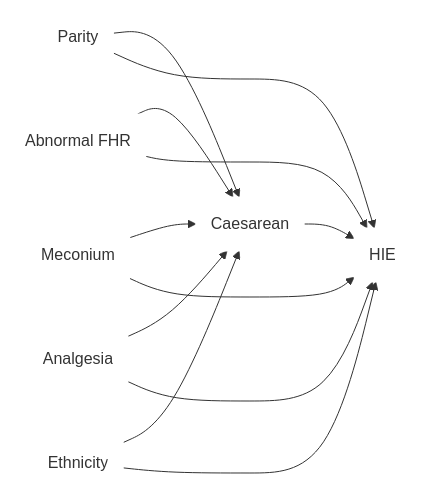
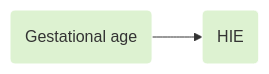
One commit to birth-outcomes/birth_outcomes_summary changed the seventh of 21 diagrams in book_birth_outcomes_summary/design_dag_hie.md. Above: the diagram before and after it, drawn with Mermaid. The commit also changed other lines of this file and 20 other files, not shown here.

`````diff
--- a/book_birth_outcomes_summary/design_dag_hie.md
+++ b/book_birth_outcomes_summary/design_dag_hie.md
@@ -81,24 +217,14 @@
 ````{mermaid}
   flowchart LR;
 
     %% Define the nodes and subgraphs
-    par("Parity"):::white;
-    fhr("Abnormal FHR"):::white;
-    mec("Meconium"):::white;
-    ana("Analgesia"):::white;
-    eth("Ethnicity"):::white;
-    treat("Caesarean"):::white;
-    out("HIE"):::white;
+    exp("Gestational age"):::green;
+    out("HIE"):::green;
 
     %% Produce the figure
-    par --> treat; par --> out;
-    fhr --> treat; fhr --> out;
-    mec --> treat; mec --> out;
-    ana --> treat; ana --> out;
-    eth --> treat; eth --> out;
-    treat --> out;
+    exp --> out;
   
     classDef white fill:#FFFFFF, stroke:#FFFFFF;
     classDef black fill:#FFFFFF, stroke:#000000;
     classDef green fill:#DDF2D1, stroke: #FFFFFF;
 ````
`````
